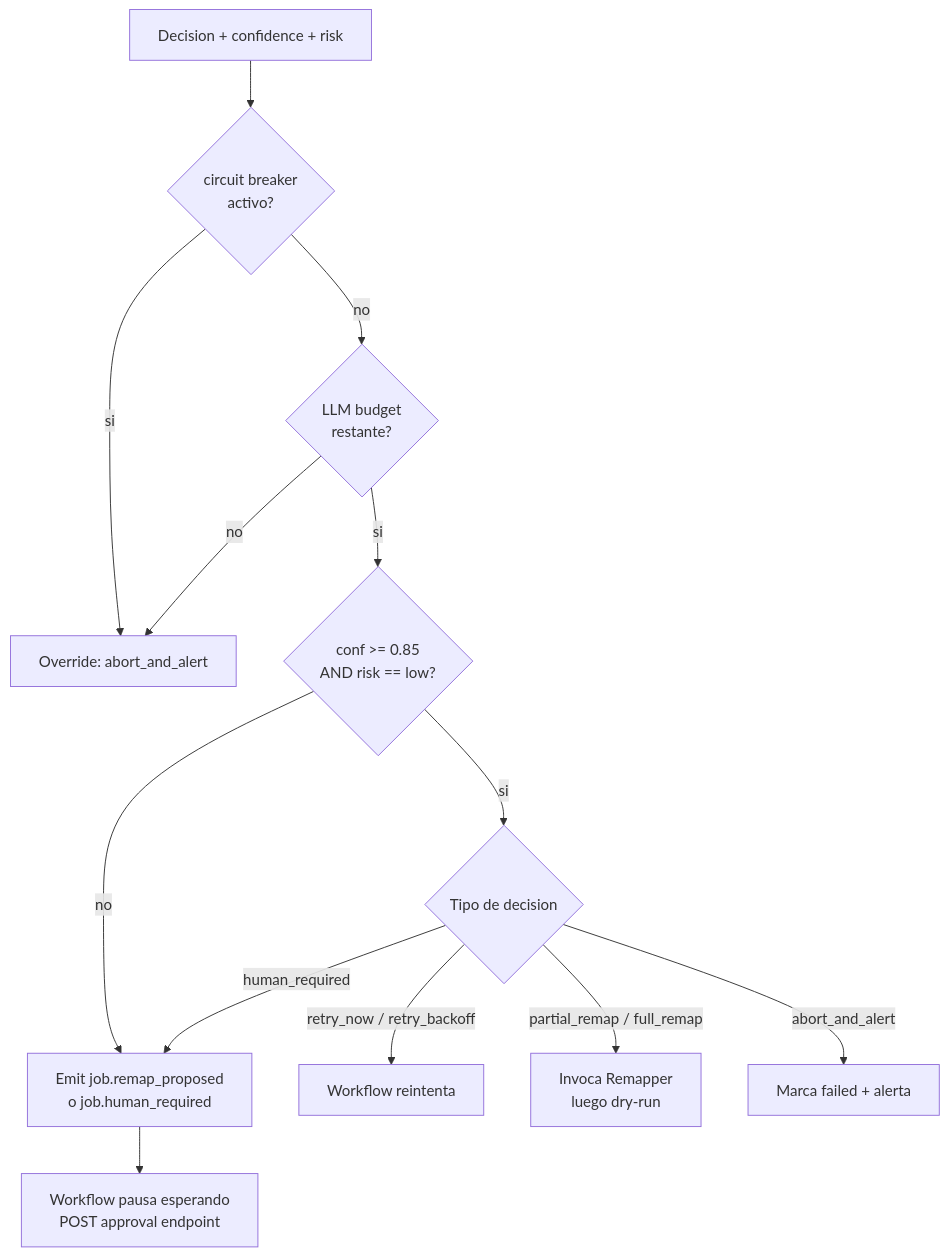
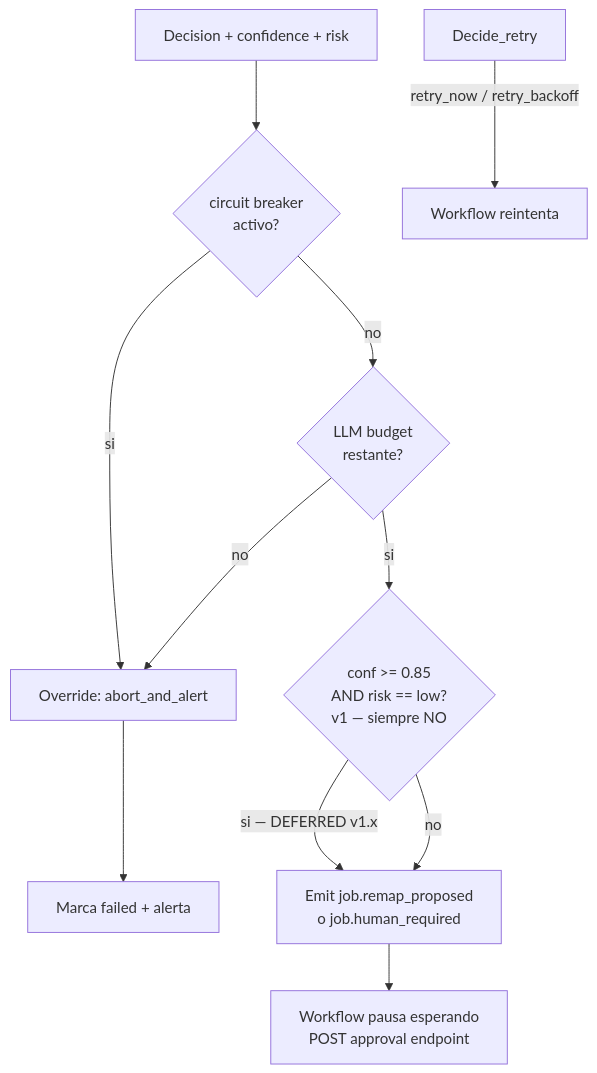
The second of 2 diagrams in docs/02-components/judge-agent.md (miketela/open-banca), drawn with Mermaid before and after one commit. The commit also changed other lines of this file and 3 other files, not shown here.

````diff
--- a/docs/02-components/judge-agent.md
+++ b/docs/02-components/judge-agent.md
@@ -95,17 +98,14 @@
 ```mermaid
 flowchart TD
     JD[Decision + confidence + risk] --> CB{circuit breaker\nactivo?}
     CB -->|si| Block[Override: abort_and_alert]
     CB -->|no| Cost{LLM budget\nrestante?}
     Cost -->|no| Block
-    Cost -->|si| Th{conf >= 0.85\nAND risk == low?}
-    Th -->|si| Decide{Tipo de decision}
+    Cost -->|si| Th{conf >= 0.85\nAND risk == low?\nv1 — siempre NO}
+    Th -->|si — DEFERRED v1.x| Webhook
     Th -->|no| Webhook[Emit job.remap_proposed\no job.human_required]
 
-    Decide -->|retry_now / retry_backoff| AutoRetry[Workflow reintenta]
-    Decide -->|partial_remap / full_remap| AutoRemap[Invoca Remapper\nluego dry-run]
-    Decide -->|abort_and_alert| AutoAbort[Marca failed + alerta]
-    Decide -->|human_required| Webhook
-
+    Decide_retry -->|retry_now / retry_backoff| AutoRetry[Workflow reintenta]
+    Block --> Done[Marca failed + alerta]
     Webhook --> Pause[Workflow pausa esperando\nPOST approval endpoint]
 ```
````
